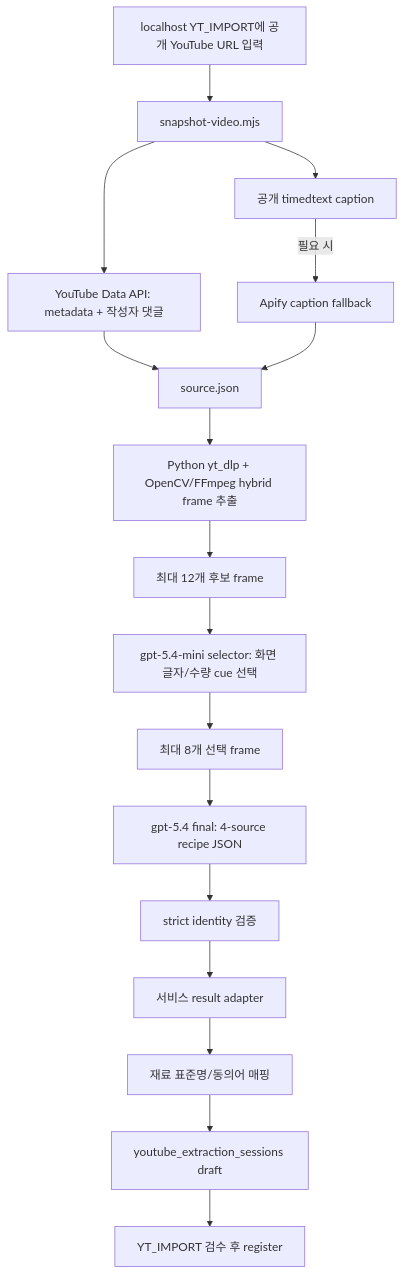
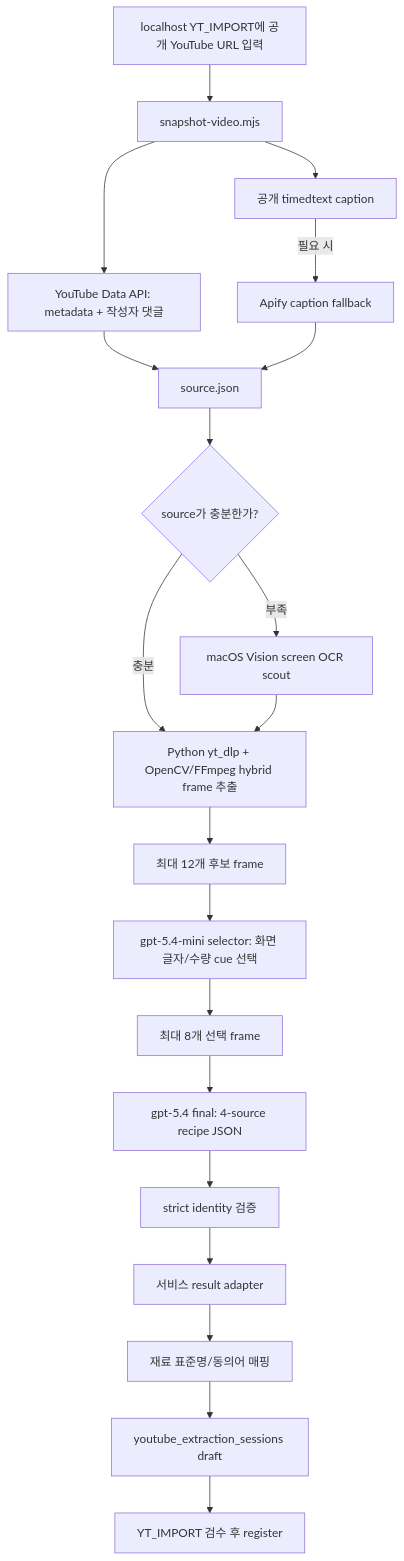
The diagram in docs/engineering/youtube-codex-vision-ocr-production-integration-plan.md (netsus/homecook), drawn with Mermaid before and after one commit. The commit also changed other lines of this file and 3 other files, not shown here.

````diff
--- a/docs/engineering/youtube-codex-vision-ocr-production-integration-plan.md
+++ b/docs/engineering/youtube-codex-vision-ocr-production-integration-plan.md
@@ -203,19 +204,22 @@
 ```mermaid
 flowchart TD
   A["localhost YT_IMPORT에 공개 YouTube URL 입력"] --> B["snapshot-video.mjs"]
   B --> C["YouTube Data API: metadata + 작성자 댓글"]
   B --> D["공개 timedtext caption"]
   D -->|필요 시| E["Apify caption fallback"]
   C --> F["source.json"]
   E --> F
-  F --> G["Python yt_dlp + OpenCV/FFmpeg hybrid frame 추출"]
+  F --> Q{"source가 충분한가?"}
+  Q -->|충분| G["Python yt_dlp + OpenCV/FFmpeg hybrid frame 추출"]
+  Q -->|부족| R["macOS Vision screen OCR scout"]
+  R --> G
   G --> H["최대 12개 후보 frame"]
   H --> I["gpt-5.4-mini selector: 화면 글자/수량 cue 선택"]
   I --> J["최대 8개 선택 frame"]
   J --> K["gpt-5.4 final: 4-source recipe JSON"]
   K --> L["strict identity 검증"]
   L --> M["서비스 result adapter"]
   M --> N["재료 표준명/동의어 매핑"]
   N --> O["youtube_extraction_sessions draft"]
   O --> P["YT_IMPORT 검수 후 register"]
 ```
````
